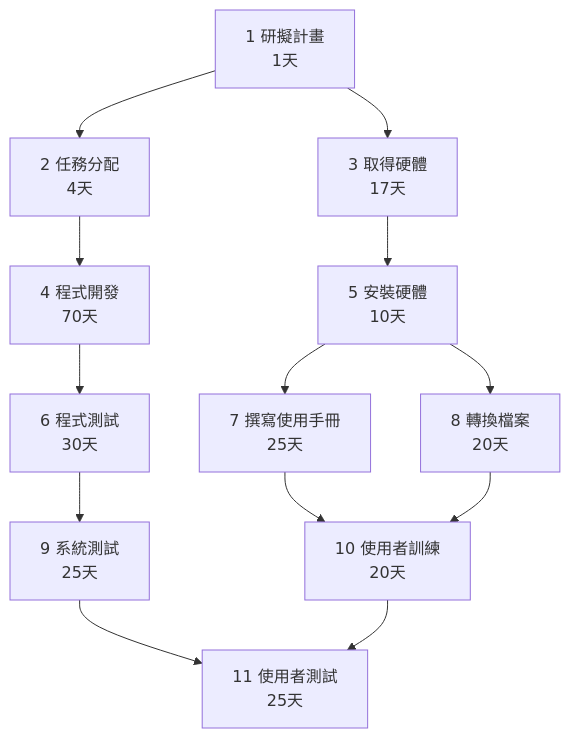
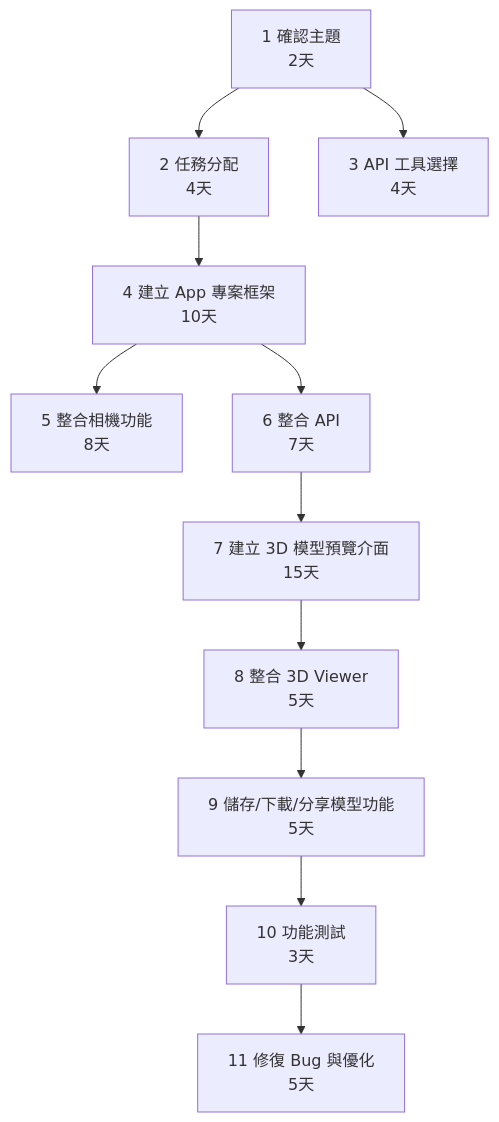
The second of 2 diagrams in 任務分配.md (ReienOuO/-), drawn with Mermaid before and after one commit.

````diff
--- a/任務分配.md
+++ b/任務分配.md
@@ -42,16 +42,14 @@
 ```mermaid
 flowchart TD
 
-A1[1 研擬計畫<br>1天] --> A2[2 任務分配<br>4天]
-A1 --> A3[3 取得硬體<br>17天]
-A2 --> A4[4 程式開發<br>70天]
-A3 --> A5[5 安裝硬體<br>10天]
-A4 --> A6[6 程式測試<br>30天]
-A5 --> A7[7 撰寫使用手冊<br>25天]
-A5 --> A8[8 轉換檔案<br>20天]
-A6 --> A9[9 系統測試<br>25天]
-A7 --> A10[10 使用者訓練<br>20天]
-A8 --> A10
-A9 --> A11[11 使用者測試<br>25天]
-A10 --> A11
+A1[1 確認主題<br>2天] --> A2[2 任務分配<br>4天]
+A1 --> A3[3 API 工具選擇<br>4天]
+A2 --> A4[4 建立 App 專案框架<br>10天]
+A4 --> A5[5 整合相機功能 <br>8天]
+A4 --> A6[6 整合 API<br>7天]
+A6 --> A7[7 建立 3D 模型預覽介面<br>15天]
+A7 --> A8[8 整合 3D Viewer<br>5天]
+A8 --> A9[9 儲存/下載/分享模型功能<br>5天]
+A9 --> A10[10 功能測試<br>3天]
+A10 --> A11[11 修復 Bug 與優化<br>5天]
 ```
````
